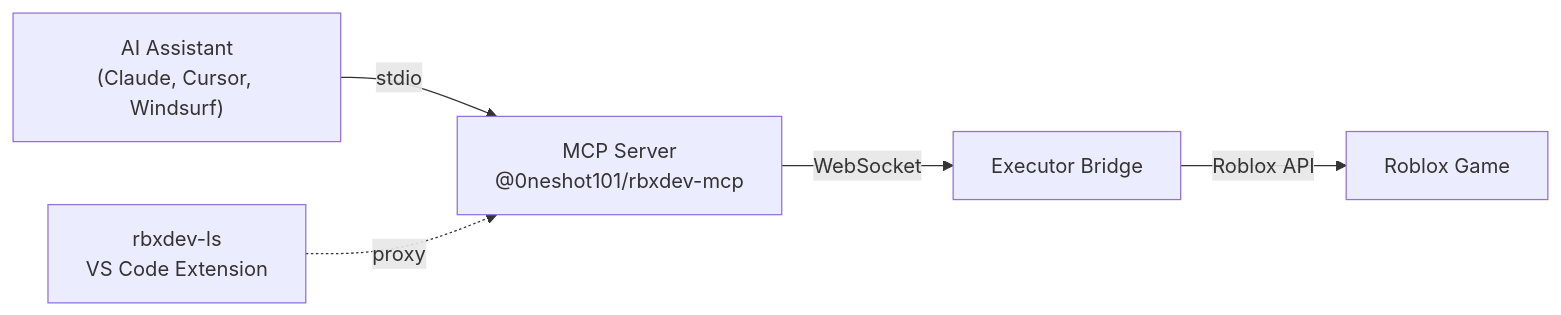
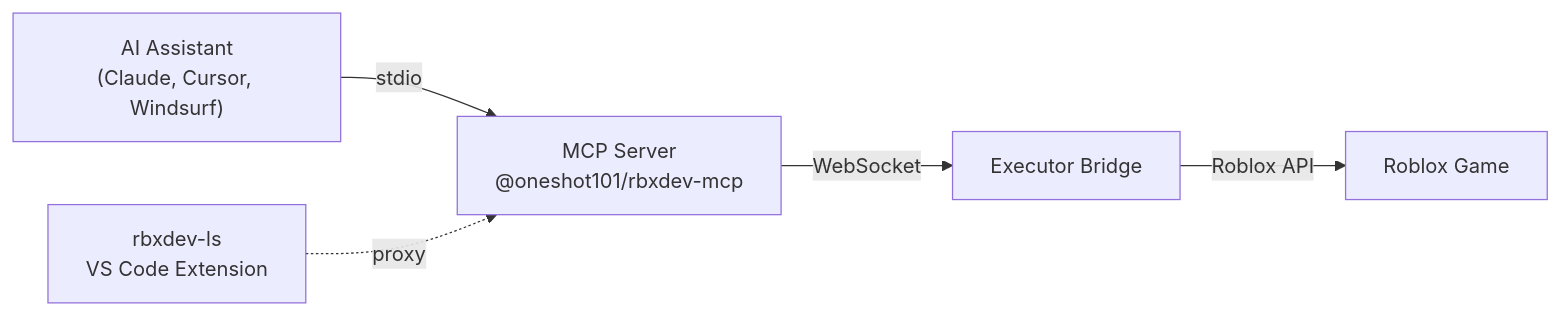
Before and after one commit to 0neShot101/rbxdev-ls: the diagram in packages/mcp/README.md, drawn with Mermaid. The commit also changed other lines of this file and 40 other files, not shown here.

````diff
--- a/packages/mcp/README.md
+++ b/packages/mcp/README.md
@@ -84,7 +84,7 @@
 ```mermaid
 graph LR
-    A["AI Assistant<br/>(Claude, Cursor, Windsurf)"] -- stdio --> B["MCP Server<br/>@0neshot101/rbxdev-mcp"]
+    A["AI Assistant<br/>(Claude, Cursor, Windsurf)"] -- stdio --> B["MCP Server<br/>@oneshot101/rbxdev-mcp"]
     B -- WebSocket --> C["Executor Bridge"]
     C -- Roblox API --> D["Roblox Game"]
     E["rbxdev-ls<br/>VS Code Extension"] -. proxy .-> B
 ```
````
